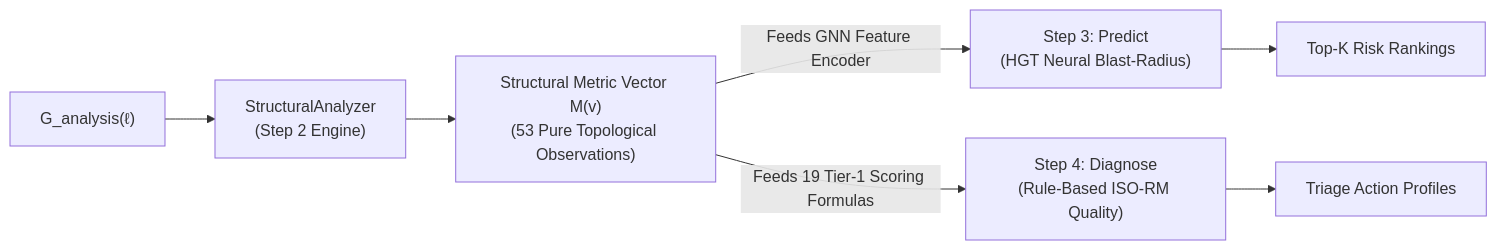
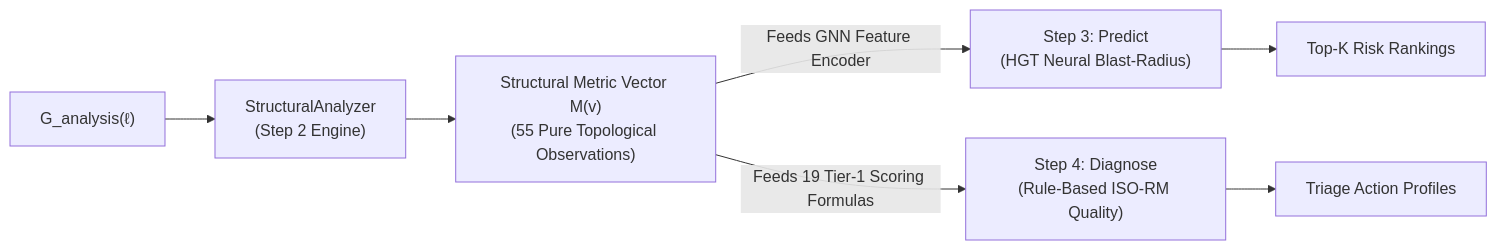
One commit to onuralpyigit/software-as-a-graph changed the second of 7 diagrams in docs/structural-analysis.md. Above: the diagram before and after it, drawn with Mermaid. The commit also changed other lines of this file and 7 other files, not shown here.

````diff
--- a/docs/structural-analysis.md
+++ b/docs/structural-analysis.md
@@ -176,11 +176,11 @@
 ```mermaid
 flowchart LR
     G["G_analysis(ℓ)"] --> SA["StructuralAnalyzer<br/>(Step 2 Engine)"]
-    SA --> M["Structural Metric Vector M(v)<br/>(53 Pure Topological Observations)"]
+    SA --> M["Structural Metric Vector M(v)<br/>(55 Pure Topological Observations)"]
 
     M -->|"Feeds GNN Feature Encoder"| GNN["Step 3: Predict<br/>(HGT Neural Blast-Radius)"]
     M -->|"Feeds 19 Tier-1 Scoring Formulas"| RM["Step 4: Diagnose<br/>(Rule-Based ISO-RM Quality)"]
     
     GNN --> Rank["Top-K Risk Rankings"]
     RM --> Action["Triage Action Profiles"]
 ```
````
